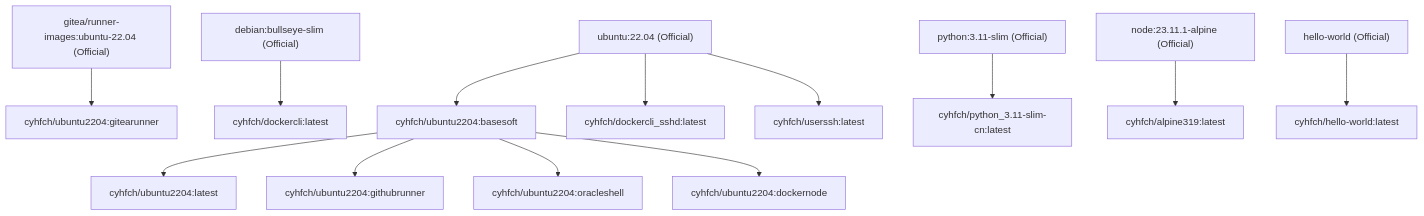
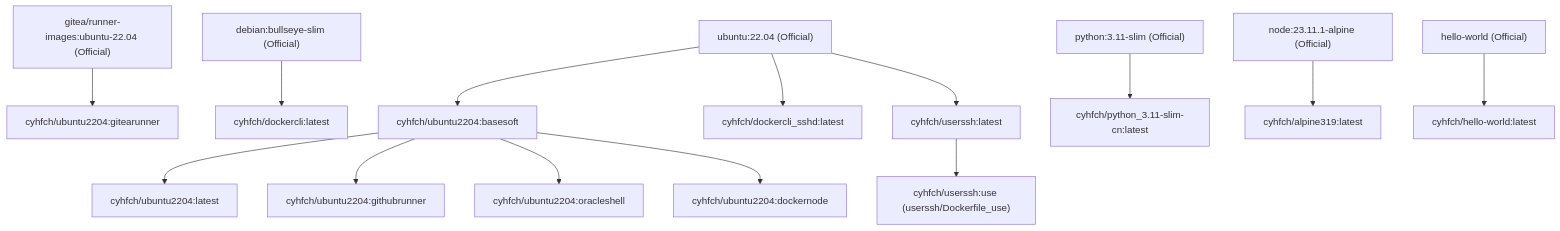
Before and after one commit to horacecuiorg/dockerfile: the diagram in README.md, drawn with Mermaid.

Commit message:
docs: update Mermaid diagram in README.md to include userssh:use dependency

````diff
--- a/README.md
+++ b/README.md
@@ -28,40 +28,44 @@
 ```mermaid
 graph TD
     %% Base Images
     ubuntu22["ubuntu:22.04 (Official)"]
     debian_bullseye["debian:bullseye-slim (Official)"]
     py311["python:3.11-slim (Official)"]
     node_alpine["node:23.11.1-alpine (Official)"]
     gitea_run_img["gitea/runner-images:ubuntu-22.04 (Official)"]
     hw_base["hello-world (Official)"]
 
     %% Built Images
     basesoft["cyhfch/ubuntu2204:basesoft"]
     ubuntu_latest["cyhfch/ubuntu2204:latest"]
     githubrunner["cyhfch/ubuntu2204:githubrunner"]
     oracleshell["cyhfch/ubuntu2204:oracleshell"]
     dockernode["cyhfch/ubuntu2204:dockernode"]
     gitearunner["cyhfch/ubuntu2204:gitearunner"]
     
     dockercli["cyhfch/dockercli:latest"]
     dockercli_sshd["cyhfch/dockercli_sshd:latest"]
     pycn["cyhfch/python_3.11-slim-cn:latest"]
     userssh["cyhfch/userssh:latest"]
+    userssh_use["cyhfch/userssh:use (userssh/Dockerfile_use)"]
     alpine319["cyhfch/alpine319:latest"]
     helloworld["cyhfch/hello-world:latest"]
 
     %% Dependencies
     ubuntu22 --> basesoft
     basesoft --> ubuntu_latest
     basesoft --> githubrunner
     basesoft --> oracleshell
     basesoft --> dockernode
     
     gitea_run_img --> gitearunner
     debian_bullseye --> dockercli
     ubuntu22 --> dockercli_sshd
     py311 --> pycn
+    
     ubuntu22 --> userssh
+    userssh --> userssh_use
+    
     node_alpine --> alpine319
     hw_base --> helloworld
 ```
````
